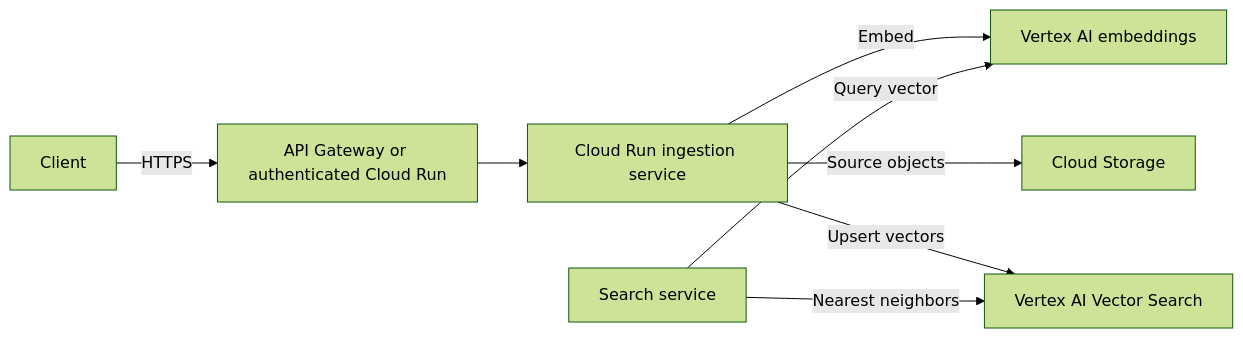
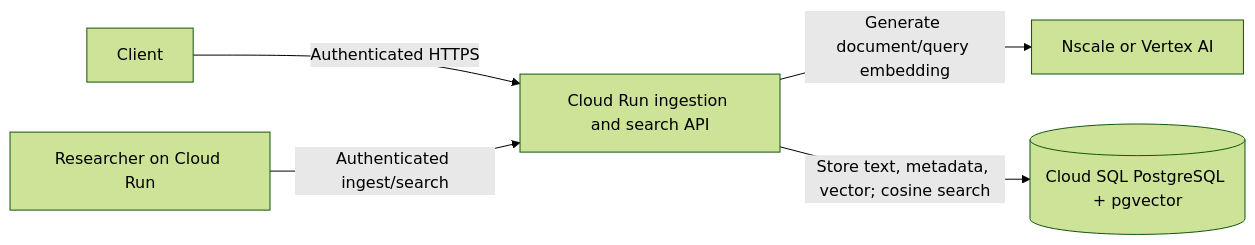
Before and after one commit to milleralan1/donner_production: the diagram in wk4/alex/guides_GCP/3_ingest.md, drawn with Mermaid (forest theme). The commit also changed other lines of this file and 26 other files, not shown here.

Commit message:
WIP:port to GCP, moved to pgvector for ingestion

````diff
--- a/wk4/alex/guides_GCP/3_ingest.md
+++ b/wk4/alex/guides_GCP/3_ingest.md
@@ -15,10 +18,7 @@
 ```mermaid
 graph LR
-    Client -->|HTTPS| Gateway[API Gateway or authenticated Cloud Run]
-    Gateway --> Ingest[Cloud Run ingestion service]
-    Ingest -->|Embed| Vertex[Vertex AI embeddings]
-    Ingest -->|Source objects| GCS[Cloud Storage]
-    Ingest -->|Upsert vectors| Vector[Vertex AI Vector Search]
-    Search[Search service] -->|Query vector| Vertex
-    Search -->|Nearest neighbors| Vector
+    Client -->|Authenticated HTTPS| Ingest[Cloud Run ingestion and search API]
+    Ingest -->|Generate document/query embedding| Embedder[Nscale or Vertex AI]
+    Ingest -->|Store text, metadata, vector; cosine search| SQL[(Cloud SQL PostgreSQL + pgvector)]
+    Researcher[Researcher on Cloud Run] -->|Authenticated ingest/search| Ingest
 ```
````
